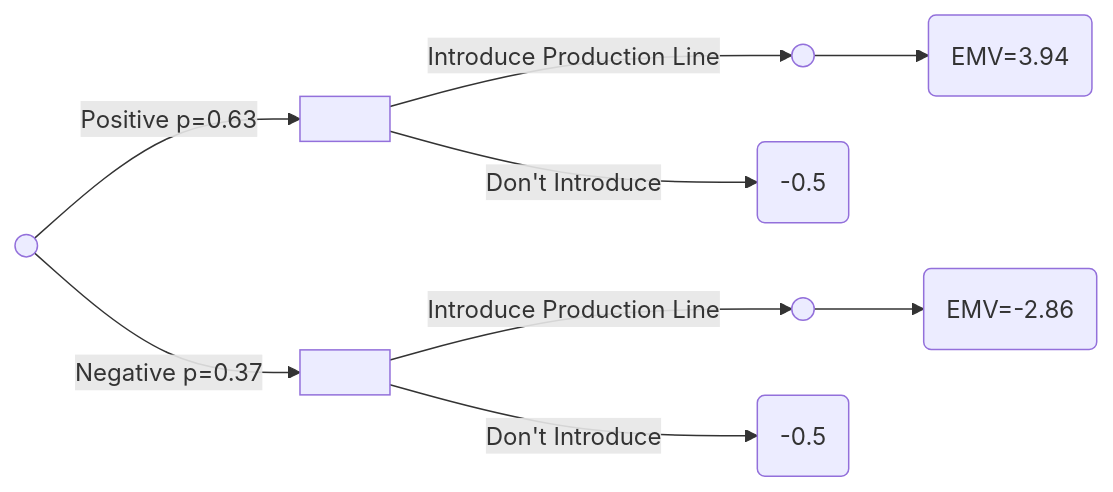
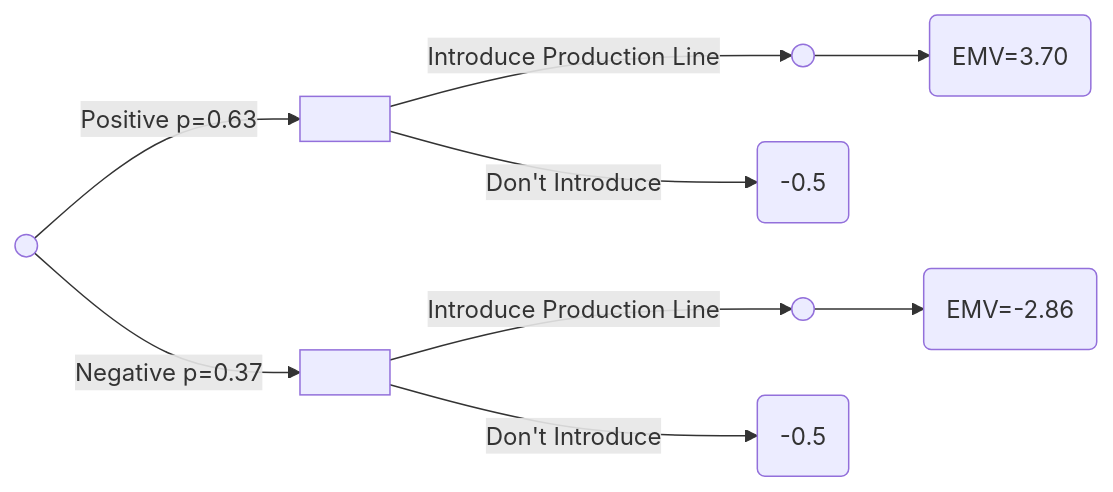
The fifth of 5 diagrams in Decisions.qmd (jagelves/DecisionModeling), drawn with Mermaid before and after one commit. The commit also changed other lines of this file and 2 other files, not shown here.

````diff
--- a/Decisions.qmd
+++ b/Decisions.qmd
@@ -163,13 +163,13 @@
 ```{mermaid theme=darkly}
 %%| fig-width: 5
 graph LR
     F(( ))--> |Positive p=0.63| A[ ]
     A[ ] -->|Introduce Production Line| C(( ))
     A[ ] -->|Don't Introduce| B( -0.5 )
-    C --> D(EMV=3.94)
+    C --> D(EMV=3.70)
     
     F(( ))--> |Negative p=0.37| G[ ]
     G[ ] -->|Introduce Production Line| H(( )) 
     G[ ] -->|Don't Introduce| I( -0.5 )
     H --> J(EMV=-2.86)
 ```
````
